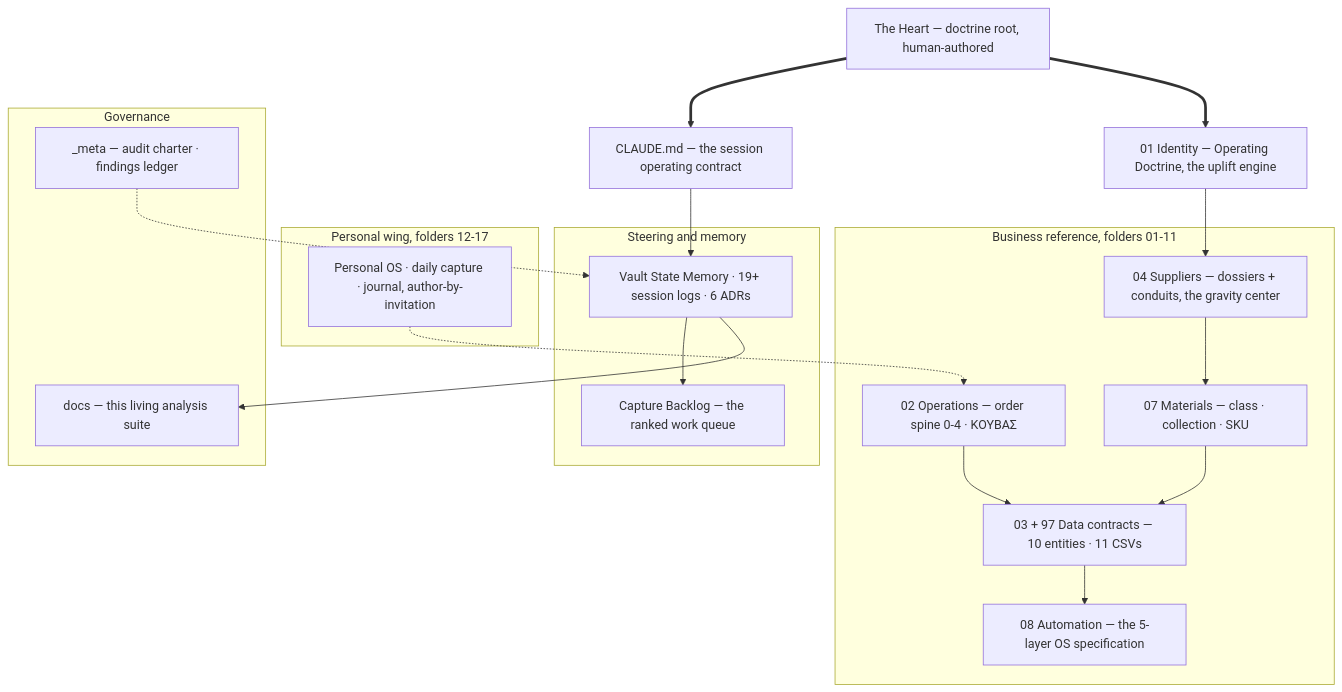
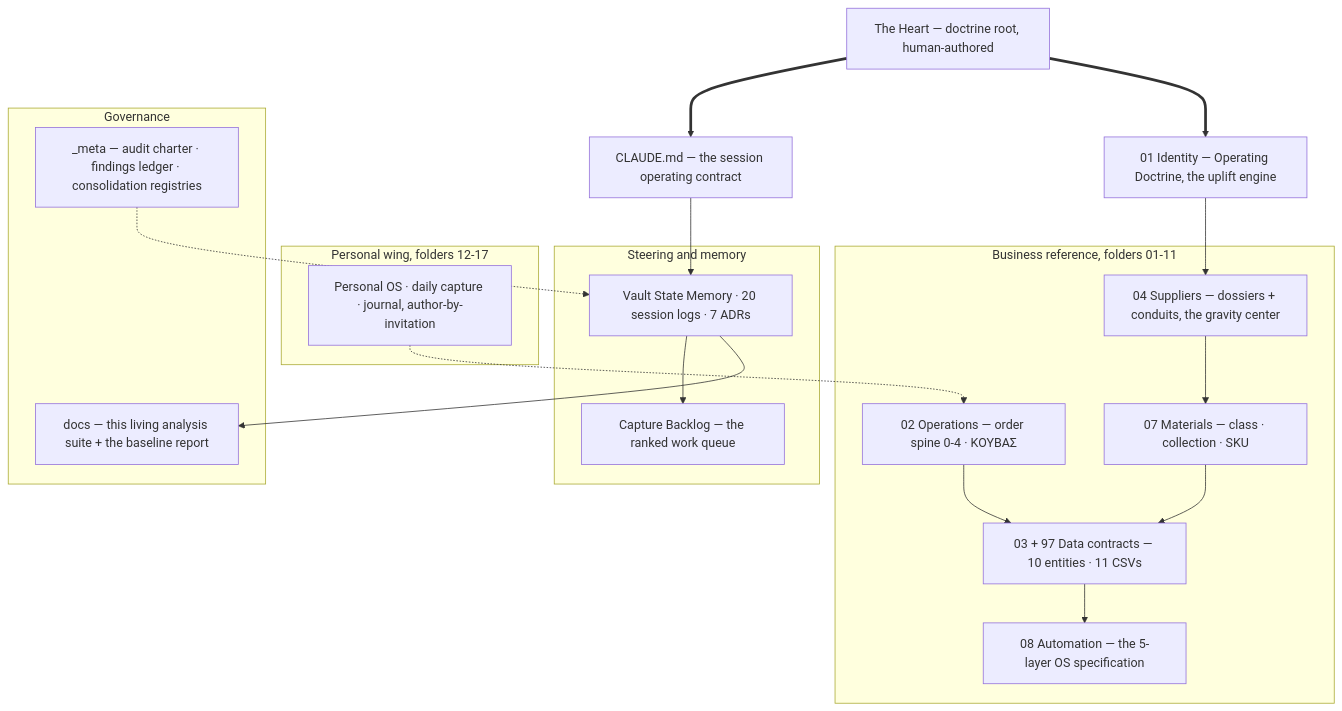
Before and after one commit to OrfeasDelis/afoi-deli-vault: the first of 4 diagrams in README.md, drawn with Mermaid. The commit also changed other lines of this file and 17 other files, not shown here.

Commit message:
docs: first consolidation baseline (Pass 0-2) — 49-correction matrix, overlap + canonical registries, baseline report; analysis v1.4 (leak fixes + suite refresh); session log

````diff
--- a/README.md
+++ b/README.md
@@ -33,33 +34,33 @@
 ```mermaid
 graph TD
     heart["The Heart — doctrine root, human-authored"] ==> contract["CLAUDE.md — the session operating contract"]
     heart ==> doct["01 Identity — Operating Doctrine, the uplift engine"]
     subgraph mem["Steering and memory"]
-        vsm["Vault State Memory · 19+ session logs · 6 ADRs"]
+        vsm["Vault State Memory · 20 session logs · 7 ADRs"]
         cb["Capture Backlog — the ranked work queue"]
     end
     subgraph bizz["Business reference, folders 01-11"]
         ops2["02 Operations — order spine 0-4 · ΚΟΥΒΑΣ"]
         sup2["04 Suppliers — dossiers + conduits, the gravity center"]
         prod2["07 Materials — class · collection · SKU"]
         data2["03 + 97 Data contracts — 10 entities · 11 CSVs"]
         auto2["08 Automation — the 5-layer OS specification"]
     end
     subgraph per["Personal wing, folders 12-17"]
         pos2["Personal OS · daily capture · journal, author-by-invitation"]
     end
     subgraph govz["Governance"]
-        aud3["_meta — audit charter · findings ledger"]
-        docs3["docs — this living analysis suite"]
+        aud3["_meta — audit charter · findings ledger · consolidation registries"]
+        docs3["docs — this living analysis suite + the baseline report"]
     end
     contract --> vsm
     vsm --> cb
     doct --> sup2
     ops2 --> data2
     sup2 --> prod2
     prod2 --> data2
     data2 --> auto2
     pos2 -.-> ops2
     aud3 -.-> vsm
     vsm --> docs3
 ```
````
